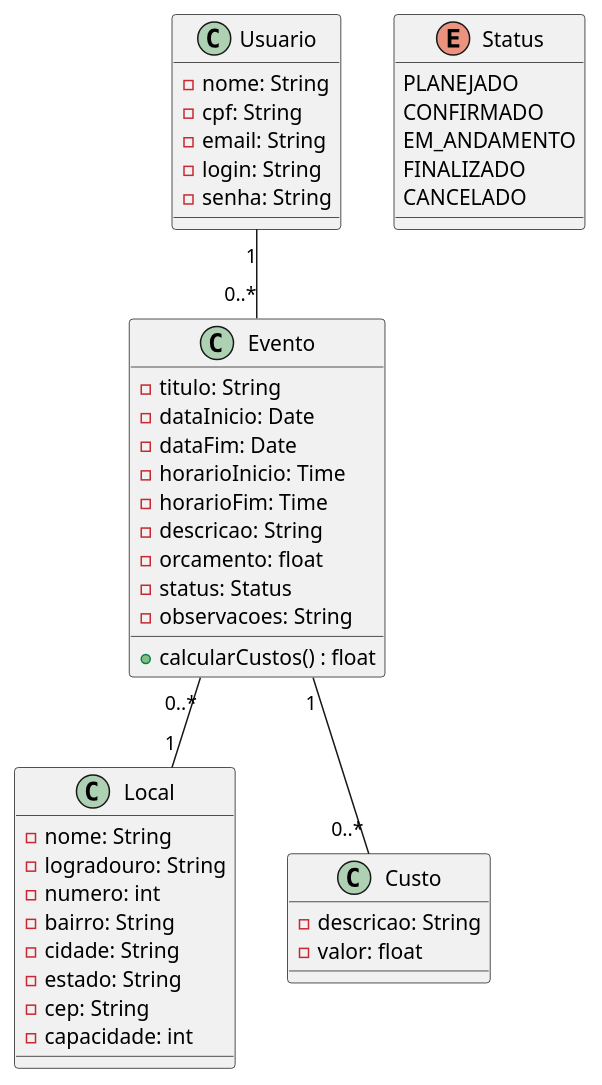
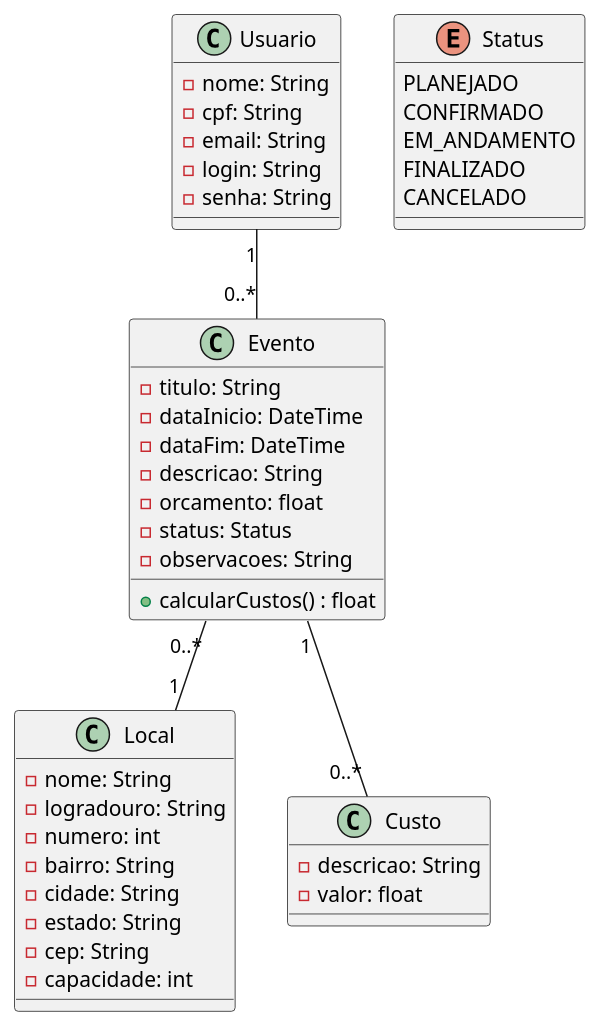
Before and after one commit to RenanCosta2/gerenciamento-eventos: the diagram in diagrama.iuml, drawn with PlantUML.

Commit message:
horários removidos e implementados nas datas

```diff
--- a/diagrama.iuml
+++ b/diagrama.iuml
@@ -1,53 +1,51 @@
 @startuml Gerenciamento de Eventos
 
 class Usuario{
     - nome: String
     - cpf: String
     - email: String
     - login: String
     - senha: String
 }
 
 class Evento{
     - titulo: String
-    - dataInicio: Date
-    - dataFim: Date
-    - horarioInicio: Time
-    - horarioFim: Time
+    - dataInicio: DateTime
+    - dataFim: DateTime
     - descricao: String
     - orcamento: float
     - status: Status
     - observacoes: String
 }
 
 Evento : + calcularCustos() : float
 
 class Local{
     - nome: String
     - logradouro: String
     - numero: int
     - bairro: String
     - cidade: String
     - estado: String
     - cep: String
     - capacidade: int
 }
 
 class Custo{
     - descricao: String
     - valor: float
 }
 
 enum Status {
     PLANEJADO
     CONFIRMADO
     EM_ANDAMENTO
     FINALIZADO
     CANCELADO
 }
 
 Usuario "1" -- "0..*" Evento
 Evento "1" -- "0..*" Custo
 Evento "0..*" -- "1" Local
 
 @enduml
```
